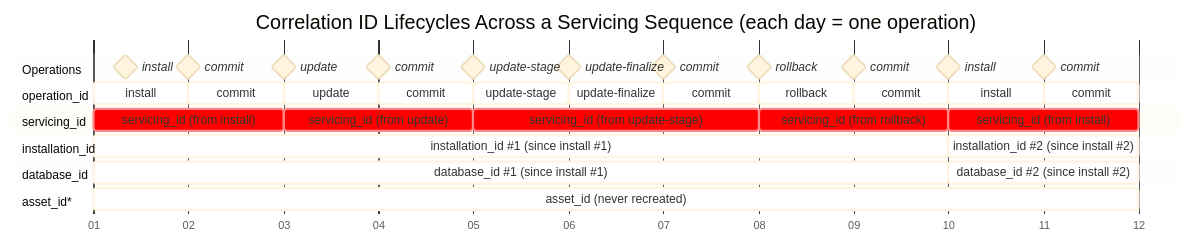
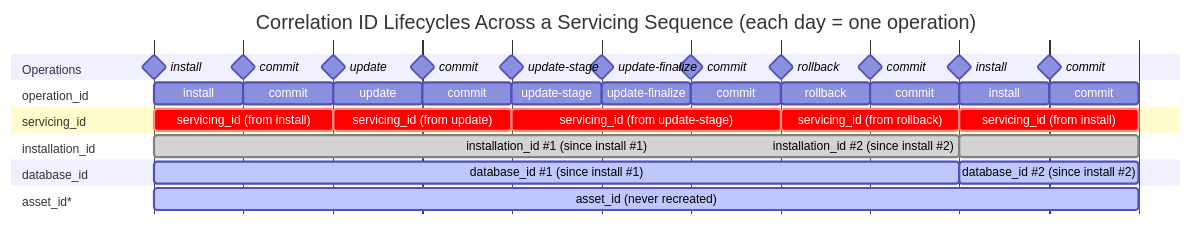
The diagram in docs/Reference/Telemetry.md (microsoft/trident), drawn with Mermaid before and after one commit.

Commit message:
docs: revert milestone nudge, remove x-axis labels, widen label margin, use built-in gantt classes for color

````diff
--- a/docs/Reference/Telemetry.md
+++ b/docs/Reference/Telemetry.md
@@ -87,62 +87,51 @@
 ```mermaid
----
-config:
-  theme: base
-  gantt:
-    displayMode: compact
-  themeCSS: |
-    rect[id^="asset"]  { fill: #6c757d !important; }
-    rect[id^="db"]     { fill: #1f77b4 !important; }
-    rect[id^="inst"]   { fill: #2ca02c !important; }
-    rect[id^="sid"]    { fill: #d62728 !important; }
-    rect[id^="o"]      { fill: #9467bd !important; }
----
+%%{init: {'gantt': {'displayMode': 'compact', 'leftPadding': 130}}}%%
 gantt
-    dateFormat  YYYY-MM-DD HH:mm
-    axisFormat  %d
+    dateFormat  YYYY-MM-DD
+    axisFormat  
     title Correlation ID Lifecycles Across a Servicing Sequence (each day = one operation)
 
     section Operations
-    install            :milestone, m1, 2024-01-01 08:00, 0d
-    commit             :milestone, m2, 2024-01-02 00:00, 0d
-    update             :milestone, m3, 2024-01-03 00:00, 0d
-    commit             :milestone, m4, 2024-01-04 00:00, 0d
-    update-stage       :milestone, m5, 2024-01-05 00:00, 0d
-    update-finalize    :milestone, m6, 2024-01-06 00:00, 0d
-    commit             :milestone, m7, 2024-01-07 00:00, 0d
-    rollback           :milestone, m8, 2024-01-08 00:00, 0d
-    commit             :milestone, m9, 2024-01-09 00:00, 0d
-    install            :milestone, m10, 2024-01-10 00:00, 0d
-    commit             :milestone, m11, 2024-01-11 00:00, 0d
+    install            :milestone, m1, 2024-01-01, 0d
+    commit             :milestone, m2, 2024-01-02, 0d
+    update             :milestone, m3, 2024-01-03, 0d
+    commit             :milestone, m4, 2024-01-04, 0d
+    update-stage       :milestone, m5, 2024-01-05, 0d
+    update-finalize    :milestone, m6, 2024-01-06, 0d
+    commit             :milestone, m7, 2024-01-07, 0d
+    rollback           :milestone, m8, 2024-01-08, 0d
+    commit             :milestone, m9, 2024-01-09, 0d
+    install            :milestone, m10, 2024-01-10, 0d
+    commit             :milestone, m11, 2024-01-11, 0d
 
     section operation_id
-    install         :active, o1, 2024-01-01 00:00, 1d
-    commit          :active, o2, 2024-01-02 00:00, 1d
-    update          :active, o3, 2024-01-03 00:00, 1d
-    commit          :active, o4, 2024-01-04 00:00, 1d
-    update-stage    :active, o5, 2024-01-05 00:00, 1d
-    update-finalize :active, o6, 2024-01-06 00:00, 1d
-    commit          :active, o7, 2024-01-07 00:00, 1d
-    rollback        :active, o8, 2024-01-08 00:00, 1d
-    commit          :active, o9, 2024-01-09 00:00, 1d
-    install         :active, o10, 2024-01-10 00:00, 1d
-    commit          :active, o11, 2024-01-11 00:00, 1d
+    install         :o1, 2024-01-01, 1d
+    commit          :o2, 2024-01-02, 1d
+    update          :o3, 2024-01-03, 1d
+    commit          :o4, 2024-01-04, 1d
+    update-stage    :o5, 2024-01-05, 1d
+    update-finalize :o6, 2024-01-06, 1d
+    commit          :o7, 2024-01-07, 1d
+    rollback        :o8, 2024-01-08, 1d
+    commit          :o9, 2024-01-09, 1d
+    install         :o10, 2024-01-10, 1d
+    commit          :o11, 2024-01-11, 1d
 
     section servicing_id
-    servicing_id (from install)           :crit, sid1, 2024-01-01 00:00, 2d
-    servicing_id (from update)            :crit, sid2, 2024-01-03 00:00, 2d
-    servicing_id (from update-stage)      :crit, sid3, 2024-01-05 00:00, 3d
-    servicing_id (from rollback)          :crit, sid4, 2024-01-08 00:00, 2d
-    servicing_id (from install)           :crit, sid5, 2024-01-10 00:00, 2d
+    servicing_id (from install)           :crit, sid1, 2024-01-01, 2d
+    servicing_id (from update)            :crit, sid2, 2024-01-03, 2d
+    servicing_id (from update-stage)      :crit, sid3, 2024-01-05, 3d
+    servicing_id (from rollback)          :crit, sid4, 2024-01-08, 2d
+    servicing_id (from install)           :crit, sid5, 2024-01-10, 2d
 
     section installation_id
-    installation_id #1 (since install #1) :active, inst1, 2024-01-01 00:00, 9d
-    installation_id #2 (since install #2) :active, inst2, 2024-01-10 00:00, 2d
+    installation_id #1 (since install #1) :done, inst1, 2024-01-01, 9d
+    installation_id #2 (since install #2) :done, inst2, 2024-01-10, 2d
 
     section database_id
-    database_id #1 (since install #1)     :active, db1, 2024-01-01 00:00, 9d
-    database_id #2 (since install #2)     :active, db2, 2024-01-10 00:00, 2d
+    database_id #1 (since install #1)     :active, db1, 2024-01-01, 9d
+    database_id #2 (since install #2)     :active, db2, 2024-01-10, 2d
 
     section asset_id*
-    asset_id (never recreated)            :active, asset1, 2024-01-01 00:00, 11d
+    asset_id (never recreated)            :active, done, asset1, 2024-01-01, 11d
 ```
````
